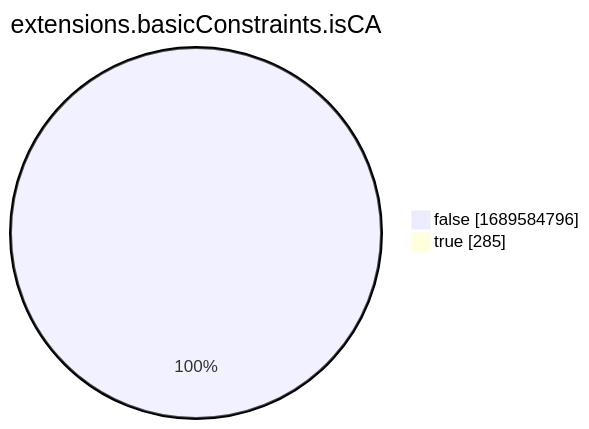
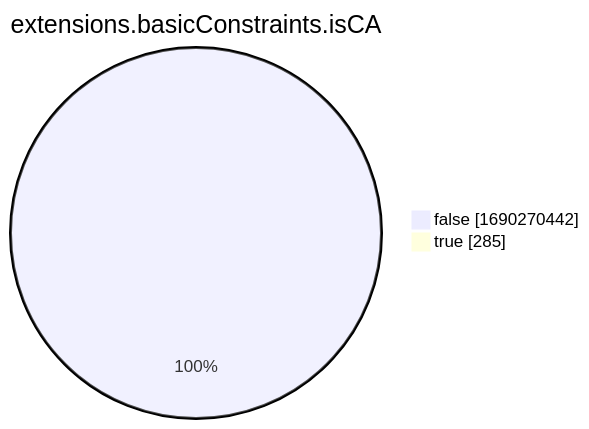
The eighth of 15 diagrams in xenon2022/README.md (christiankrug/ctmonitor_visualization), drawn with Mermaid before and after one commit. The commit also changed other lines of this file, not shown here.

````diff
--- a/xenon2022/README.md
+++ b/xenon2022/README.md
@@ -2865,6 +2865,6 @@
 ```mermaid
 pie showData
 title extensions.basicConstraints.isCA
-"false" :1689584796
+"false" :1690270442
 "true" :285
 ```
````
